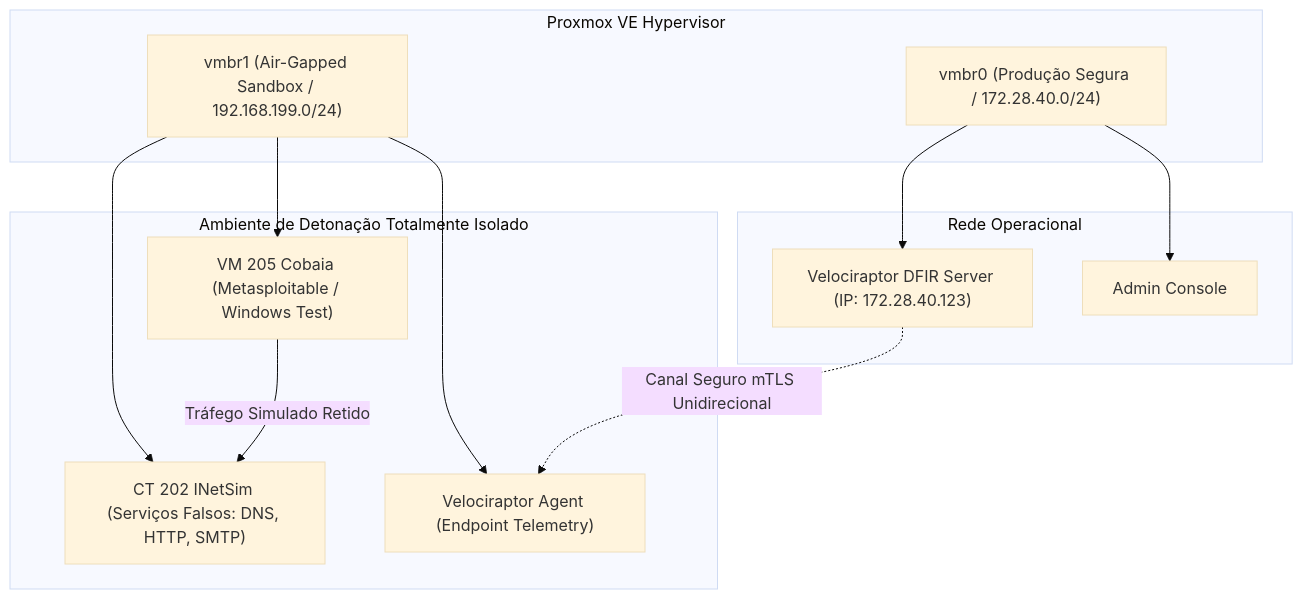
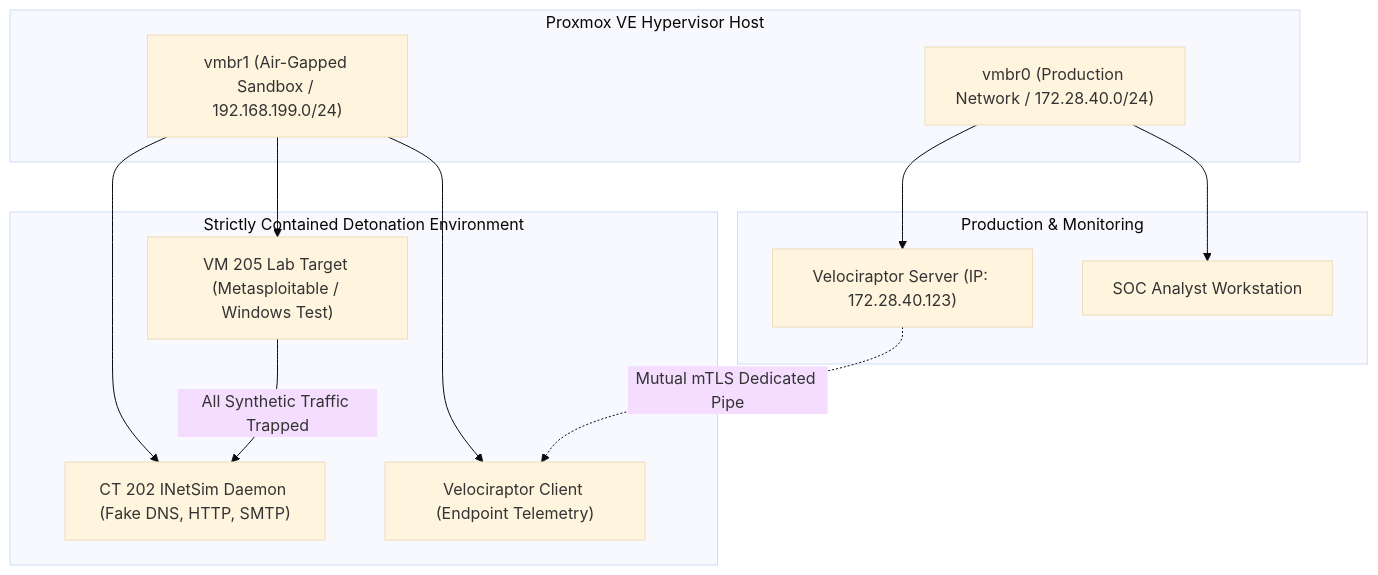
Before and after one commit to Lessa-github/cyber-dfir-training-lab: the diagram in README.md, drawn with Mermaid (base theme). The commit also changed other lines of this file and 4 other files, not shown here.

````diff
--- a/README.md
+++ b/README.md
@@ -38,21 +38,21 @@
 ```mermaid
 flowchart TD
-    subgraph HYPERVISOR ["Proxmox VE Hypervisor"]
-        Bridge0["vmbr0 (Produção Segura / 172.28.40.0/24)"]
+    subgraph HYPERVISOR ["Proxmox VE Hypervisor Host"]
+        Bridge0["vmbr0 (Production Network / 172.28.40.0/24)"]
         Bridge1["vmbr1 (Air-Gapped Sandbox / 192.168.199.0/24)"]
     end
 
-    subgraph PROD ["Rede Operacional"]
-        Bridge0 --> VelServer["Velociraptor DFIR Server (IP: 172.28.40.123)"]
-        Bridge0 --> Admin["Admin Console"]
+    subgraph PROD_NET ["Production & Monitoring"]
+        Bridge0 --> VelServer["Velociraptor Server (IP: 172.28.40.123)"]
+        Bridge0 --> Admin["SOC Analyst Workstation"]
     end
 
-    subgraph ISOLATED_SANDBOX ["Ambiente de Detonação Totalmente Isolado"]
-        Bridge1 --> Victim1["VM 205 Cobaia (Metasploitable / Windows Test)"]
-        Bridge1 --> INetSim["CT 202 INetSim (Serviços Falsos: DNS, HTTP, SMTP)"]
-        Bridge1 --> VeloAgent["Velociraptor Agent (Endpoint Telemetry)"]
+    subgraph ISOLATED_SANDBOX ["Strictly Contained Detonation Environment"]
+        Bridge1 --> Victim1["VM 205 Lab Target (Metasploitable / Windows Test)"]
+        Bridge1 --> INetSim["CT 202 INetSim Daemon (Fake DNS, HTTP, SMTP)"]
+        Bridge1 --> VeloAgent["Velociraptor Client (Endpoint Telemetry)"]
     end
 
-    VelServer -.->|Canal Seguro mTLS Unidirecional| VeloAgent
-    Victim1 -->|Tráfego Simulado Retido| INetSim
+    VelServer -.->|Mutual mTLS Dedicated Pipe| VeloAgent
+    Victim1 -->|All Synthetic Traffic Trapped| INetSim
 ```
````
